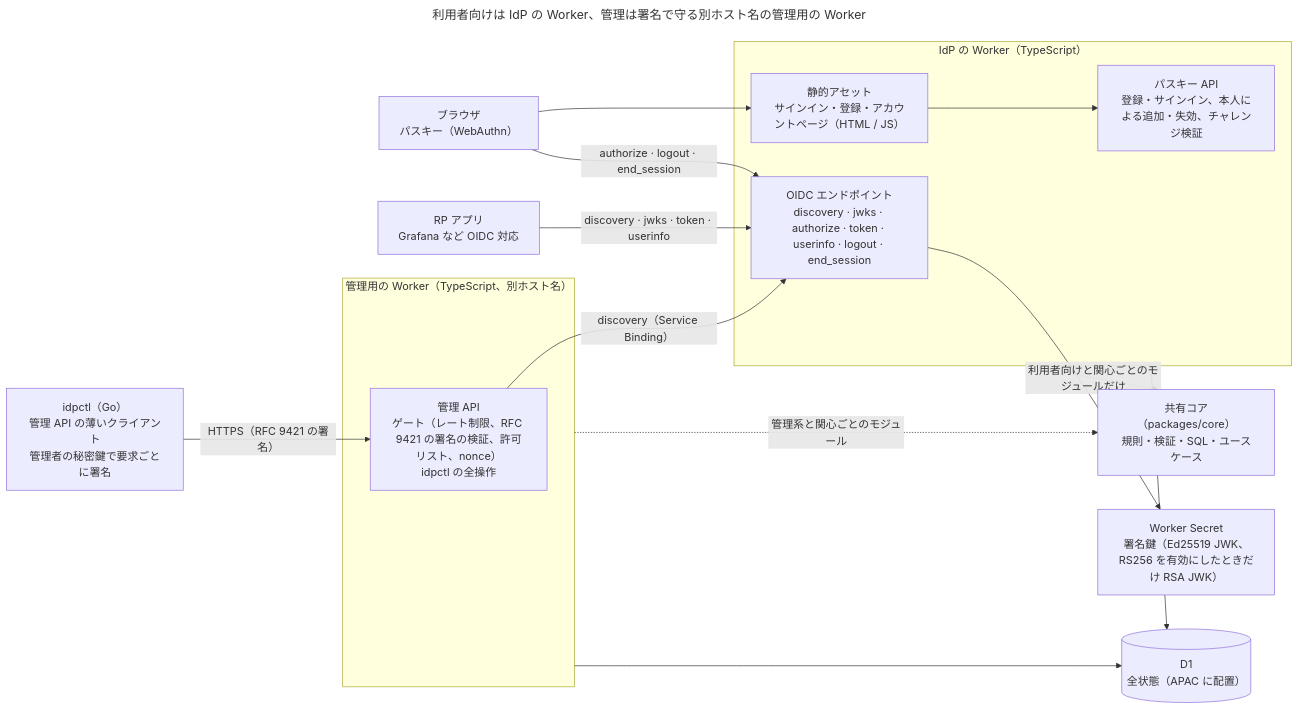
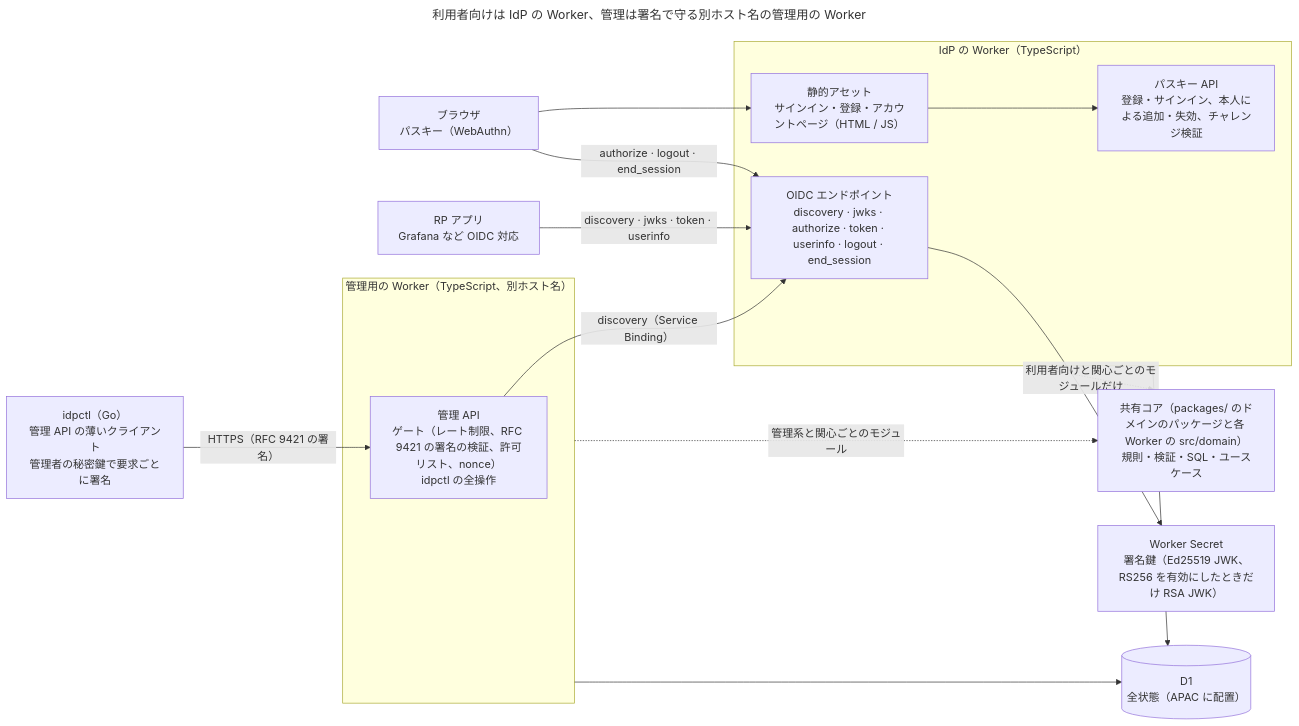
Before and after one commit to OJILab-dev/idp: the diagram in docs/design/README.md, drawn with Mermaid. The commit also changed 109 other files, not shown here.

First line of the commit message:
refactor(packages): split @idp/core into one flat package per concern (#110)

````diff
--- a/docs/design/README.md
+++ b/docs/design/README.md
@@ -35,36 +35,36 @@
 ```mermaid
 ---
 title: 利用者向けは IdP の Worker、管理は署名で守る別ホスト名の管理用の Worker
 ---
 flowchart LR
   browser["ブラウザ<br/>パスキー（WebAuthn）"]
   rp["RP アプリ<br/>Grafana など OIDC 対応"]
 
   subgraph worker["IdP の Worker（TypeScript）"]
     oidc["OIDC エンドポイント<br/>discovery · jwks · authorize · token · userinfo · logout · end_session"]
     static["静的アセット<br/>サインイン・登録・アカウントページ（HTML / JS）"]
     passkey["パスキー API<br/>登録・サインイン、本人による追加・失効、チャレンジ検証"]
   end
 
   idpctl["idpctl（Go）<br/>管理 API の薄いクライアント<br/>管理者の秘密鍵で要求ごとに署名"]
 
   subgraph admin["管理用の Worker（TypeScript、別ホスト名）"]
     adminapi["管理 API<br/>ゲート（レート制限、RFC 9421 の署名の検証、許可リスト、nonce）<br/>idpctl の全操作"]
   end
 
-  core["共有コア（packages/core）<br/>規則・検証・SQL・ユースケース"]
+  core["共有コア（packages/ のドメインのパッケージと各 Worker の src/domain）<br/>規則・検証・SQL・ユースケース"]
   secret["Worker Secret<br/>署名鍵（Ed25519 JWK、RS256 を有効にしたときだけ RSA JWK）"]
   d1[("D1<br/>全状態（APAC に配置）")]
 
   browser --> static
   static --> passkey
   browser -->|"authorize · logout · end_session"| oidc
   rp -->|"discovery · jwks · token · userinfo"| oidc
   oidc --> secret
   idpctl -->|"HTTPS（RFC 9421 の署名）"| adminapi
   adminapi -->|"discovery（Service Binding）"| oidc
   worker -.->|"利用者向けと関心ごとのモジュールだけ"| core
   admin -.->|"管理系と関心ごとのモジュール"| core
   worker --> d1
   admin --> d1
 ```
````
